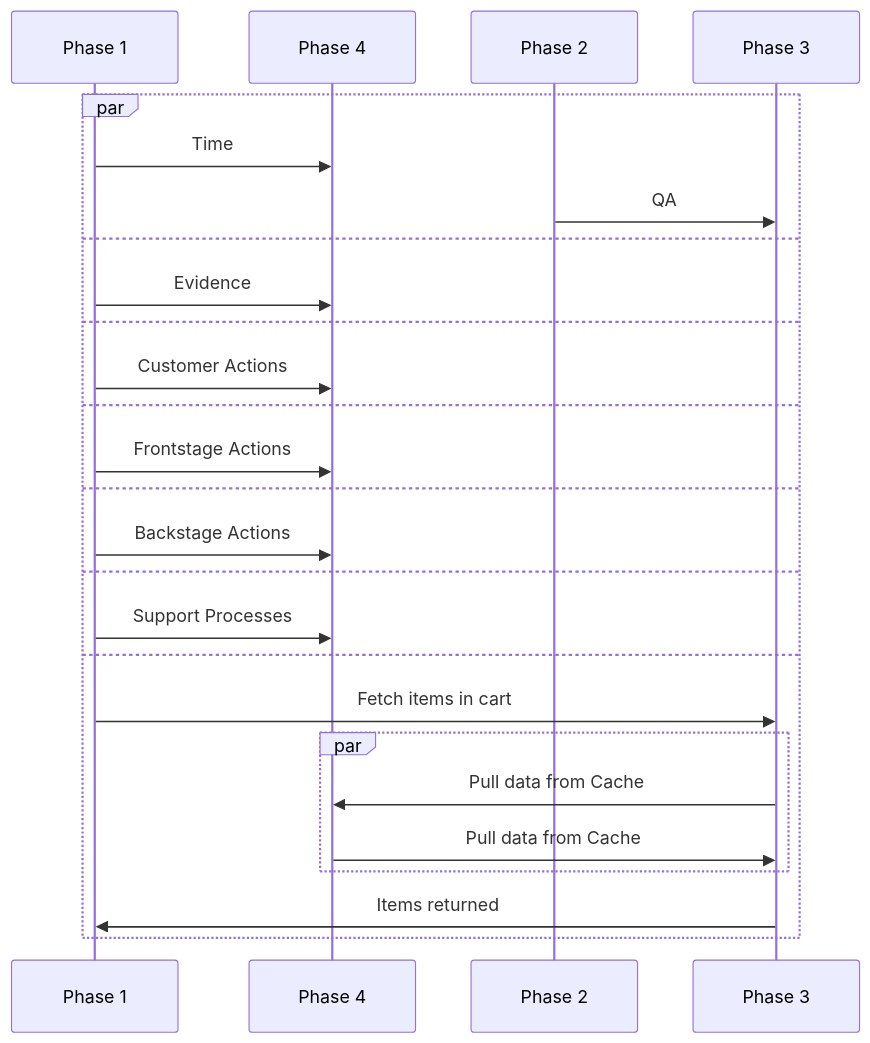
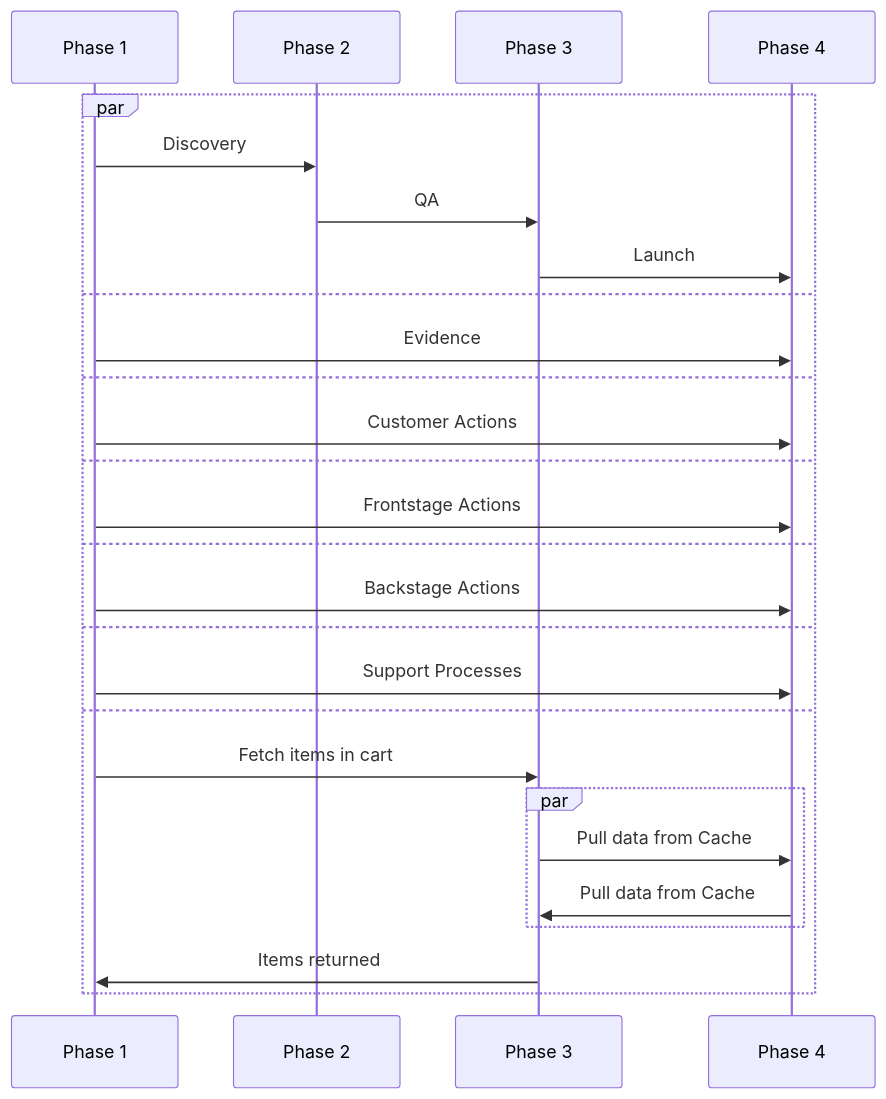
Before and after one commit to mgifford/mermaid-graphs: the second of 2 diagrams in blueprint.md, drawn with Mermaid.

````diff
--- a/blueprint.md
+++ b/blueprint.md
@@ -23,24 +23,26 @@
 ```mermaid
 sequenceDiagram
-    par 
-        Phase 1->>Phase 4: Time
+    par
+        Phase 1->>Phase 2: Discovery
         Phase 2->>Phase 3: QA
+        Phase 3->>Phase 4: Launch
+
     and
         Phase 1->>Phase 4: Evidence
     and
         Phase 1->>Phase 4: Customer Actions
     and
         Phase 1->>Phase 4: Frontstage Actions
     and
         Phase 1->>Phase 4: Backstage Actions
     and
         Phase 1->>Phase 4: Support Processes
     and
         Phase 1->>Phase 3: Fetch items in cart
         par 
             Phase 3->>Phase 4: Pull data from Cache
             Phase 4->>Phase 3: Pull data from Cache
         end
         Phase 3->>Phase 1: Items returned
     end
 ```
````
